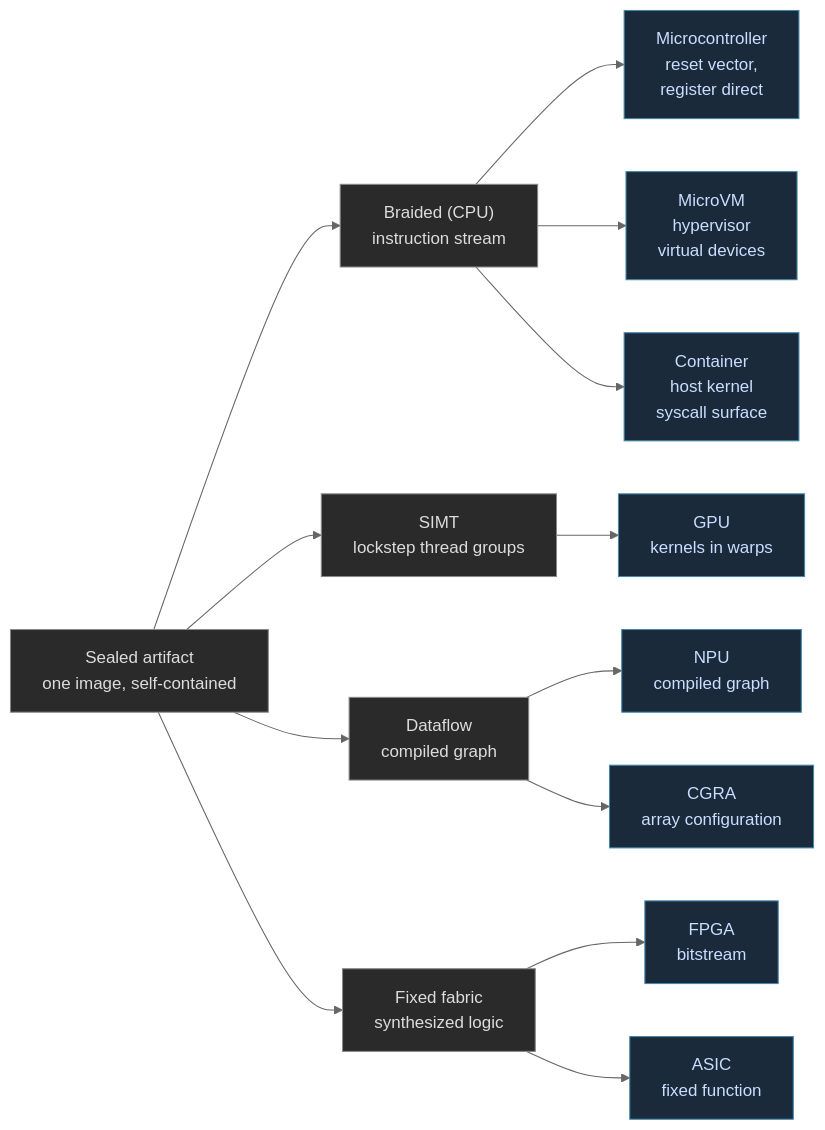
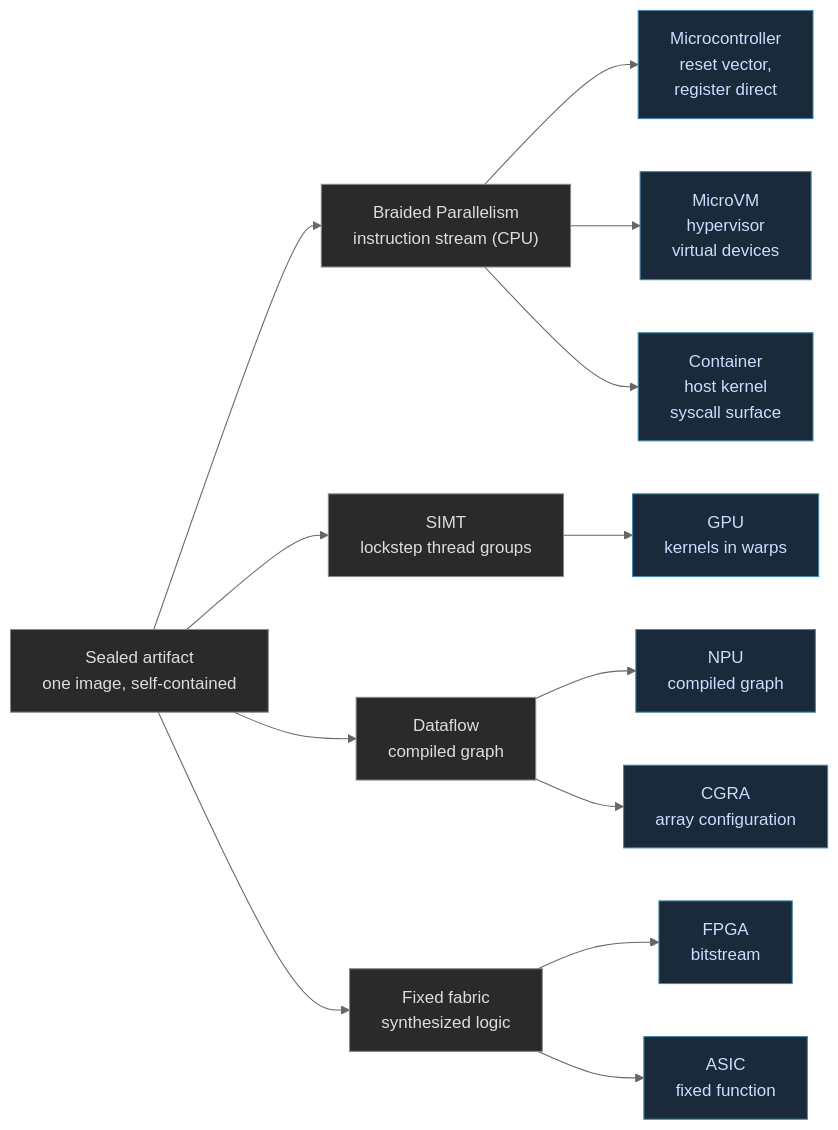
Before and after one commit to FidelityFramework/clef-lang-site: the first of 3 diagrams in hugo/content/blog/getting-to-the-heart-of-unikernels.md, drawn with Mermaid (neutral theme).

````diff
--- a/hugo/content/blog/getting-to-the-heart-of-unikernels.md
+++ b/hugo/content/blog/getting-to-the-heart-of-unikernels.md
@@ -10,28 +10,28 @@
 ```mermaid
 graph LR
     ROOT["Sealed artifact<br/>one image, self-contained"]
 
-    ROOT --> SEQ["Braided (CPU)<br/>instruction stream"]
+    ROOT --> SEQ["Braided Parallelism<br/>instruction stream (CPU)"]
     ROOT --> SIMT["SIMT<br/>lockstep thread groups"]
     ROOT --> DF["Dataflow<br/>compiled graph"]
     ROOT --> FIX["Fixed fabric<br/>synthesized logic"]
 
     SEQ --> MCU["Microcontroller<br/>reset vector,<br/>register direct"]
     SEQ --> UVM["MicroVM<br/>hypervisor<br/>virtual devices"]
     SEQ --> CON["Container<br/>host kernel<br/>syscall surface"]
 
     SIMT --> GPU["GPU<br/>kernels in warps"]
 
     DF --> NPU["NPU<br/>compiled graph"]
     DF --> CGRA["CGRA<br/>array configuration"]
 
     FIX --> FPGA["FPGA<br/>bitstream"]
     FIX --> ASIC["ASIC<br/>fixed function"]
 
     classDef root fill:#2a2a2a,stroke:#888,color:#ddd;
     classDef model fill:#2a2a2a,stroke:#888,color:#ddd;
     classDef target fill:#1a2a3a,stroke:#48a,color:#cdf;
     class ROOT root;
     class SEQ,SIMT,DF,FIX model;
     class MCU,UVM,CON,GPU,NPU,CGRA,FPGA,ASIC target;
 ```
````
